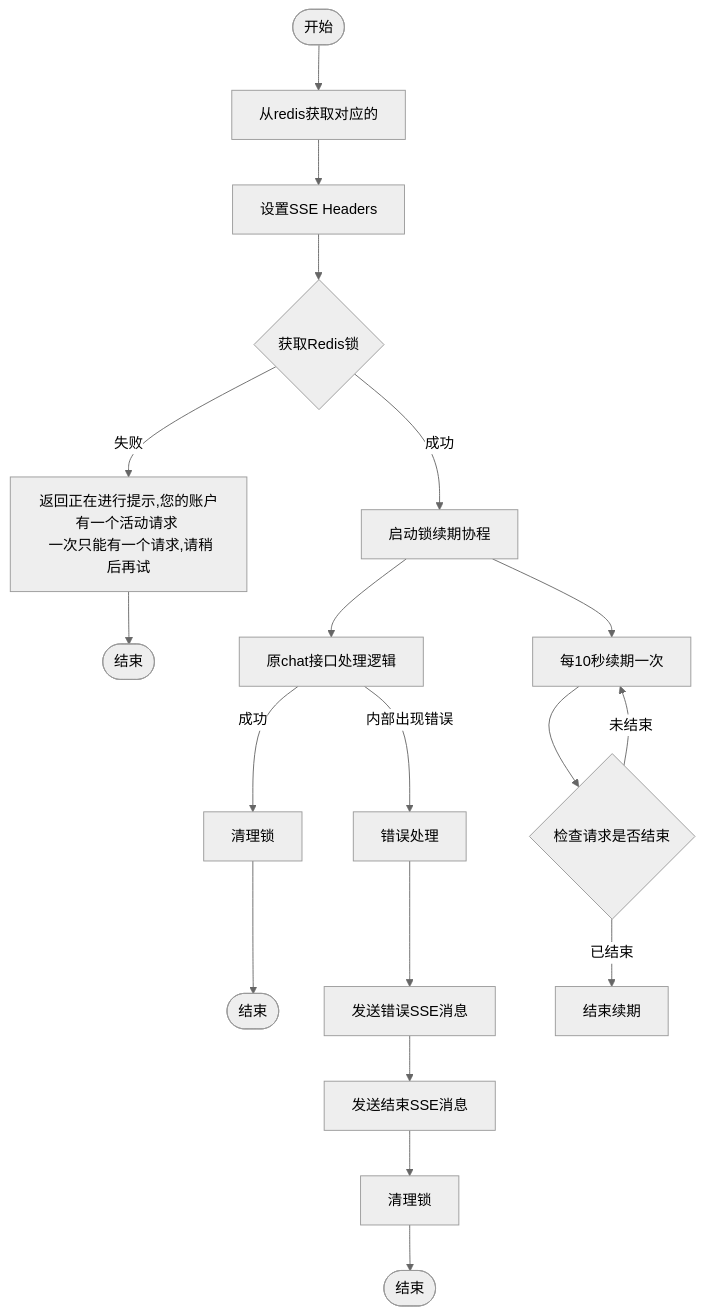
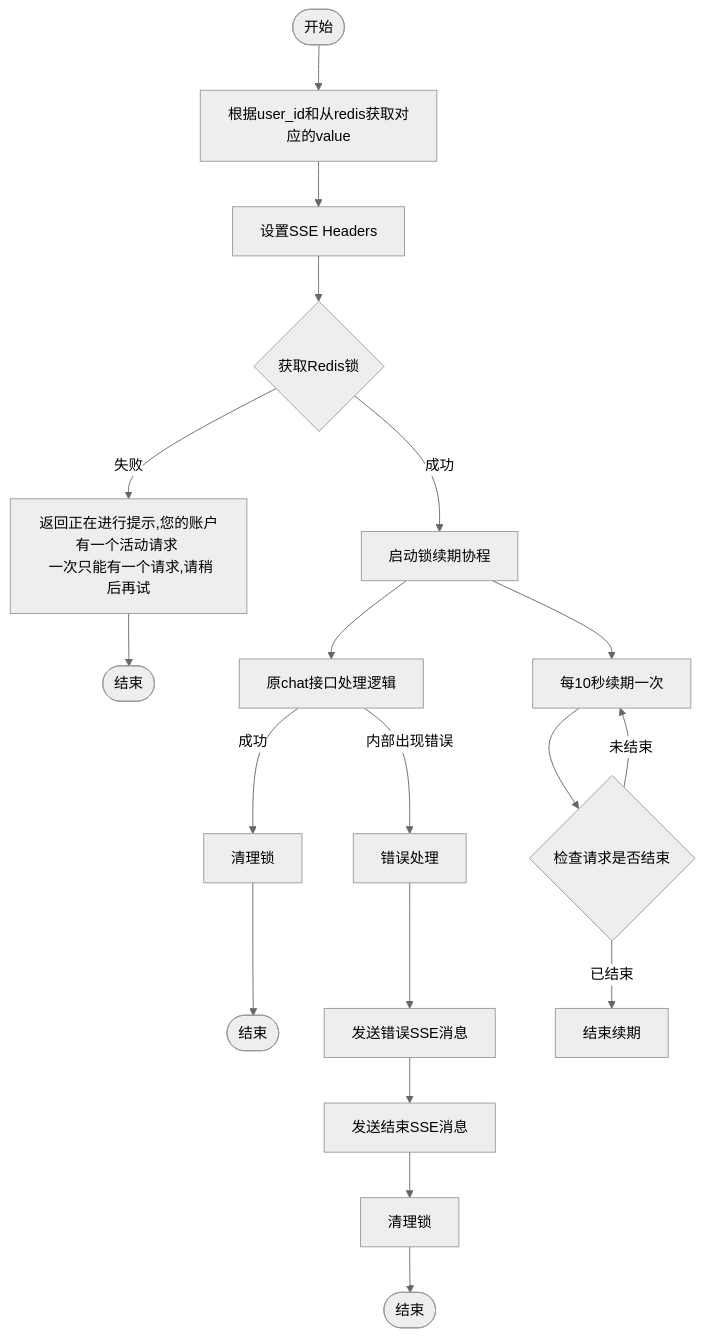
The diagram in all/未命名-20.md (yingjianzh/iodraw-files), drawn with Mermaid (neutral theme) before and after one commit.

Commit message:
2025-02-05 16:20:36 update

````diff
--- a/all/未命名-20.md
+++ b/all/未命名-20.md
@@ -1,30 +1,30 @@
 ```mermaid
 flowchart TD
-    Start([开始]) --> A[从redis获取对应的]
+    Start([开始]) --> A[根据user_id和从redis获取对应的value]
     A --> B[设置SSE Headers]
     B --> C{获取Redis锁}
     
     C -->|失败| D[返回正在进行提示,您的账户有一个活动请求 \n 一次只能有一个请求,请稍后再试]
     D --> End1([结束])
     
     C -->|成功| E[启动锁续期协程]
     E --> F[原chat接口处理逻辑]
     
     F -->|内部出现错误| G[错误处理]
      %% 正常结束流程
     F -->|成功| N[清理锁]
     N --> End3([结束])
     
     %% 错误处理流程
     G --> K[发送错误SSE消息]
     K --> L[发送结束SSE消息]
     L --> M[清理锁]
     M --> End2([结束])
     
     %% 锁续期协程
     E --> O[每10秒续期一次]
     O --> P{检查请求是否结束}
     P -->|未结束| O
     P -->|已结束| Q[结束续期]
 
 ```
````
